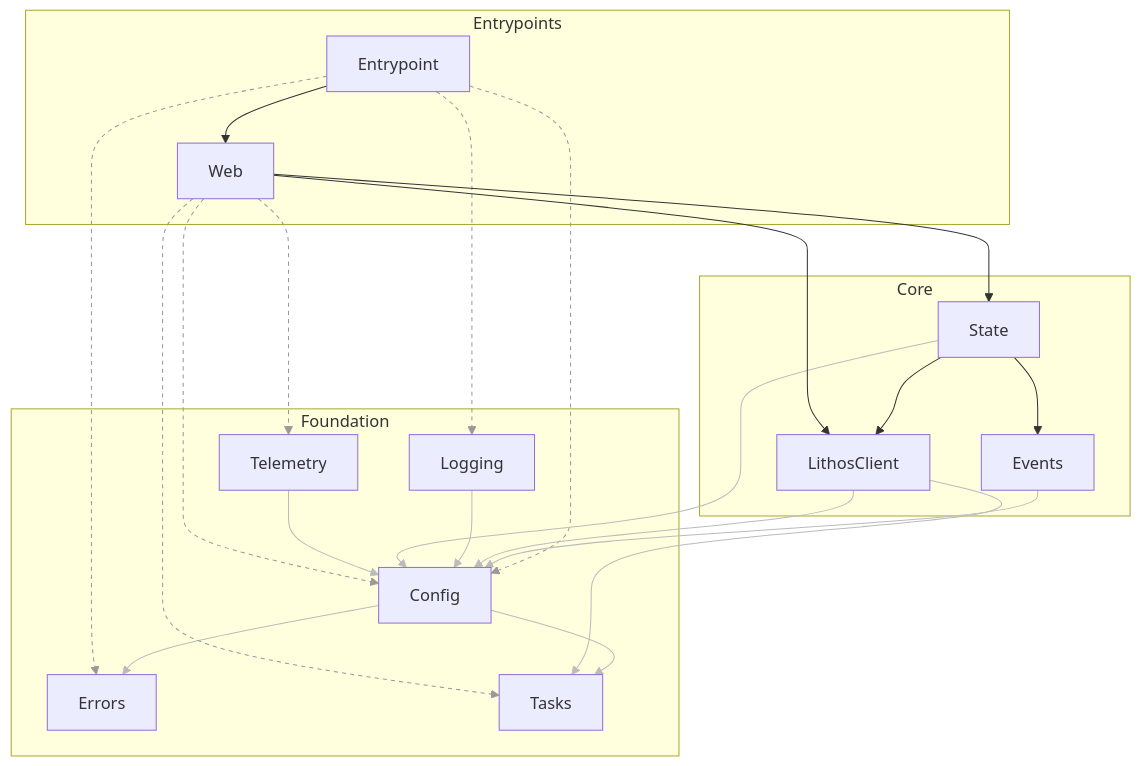
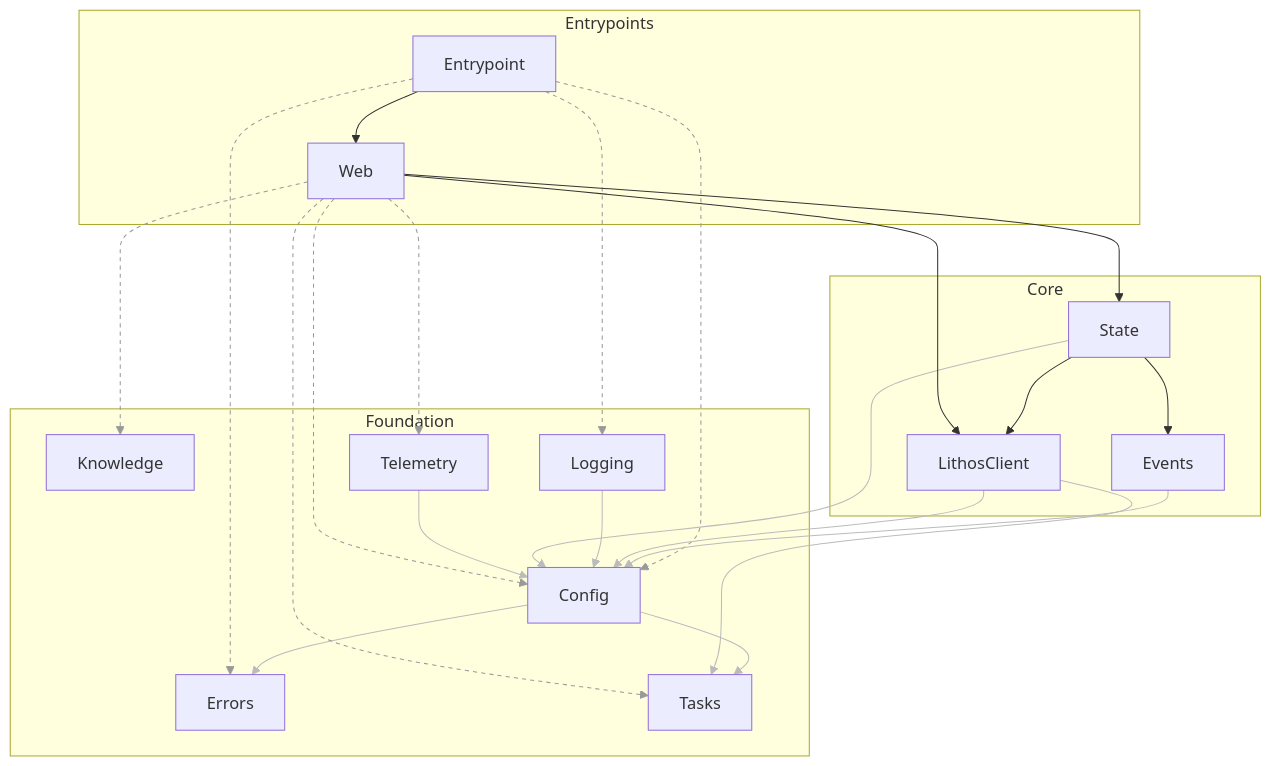
One commit to agent-lore/lithos-lens changed the diagram in docs/generated/architecture.md. Above: the diagram before and after it, drawn with Mermaid. The commit also changed 16 other files, not shown here.

````diff
--- a/docs/generated/architecture.md
+++ b/docs/generated/architecture.md
@@ -6,62 +6,66 @@
 ```mermaid
 graph TD
   subgraph tier_Entrypoints["Entrypoints"]
     Entrypoint
     Web
   end
   subgraph tier_Core["Core"]
     Events
     LithosClient
     State
   end
   subgraph tier_Foundation["Foundation"]
     Config
     Errors
+    Knowledge
     Logging
     Tasks
     Telemetry
   end
   click Config "components/Config.md"
   click Entrypoint "components/Entrypoint.md"
   click Errors "components/Errors.md"
   click Events "components/Events.md"
+  click Knowledge "components/Knowledge.md"
   click LithosClient "components/LithosClient.md"
   click Logging "components/Logging.md"
   click State "components/State.md"
   click Tasks "components/Tasks.md"
   click Telemetry "components/Telemetry.md"
   click Web "components/Web.md"
   Config --> Errors
   Config --> Tasks
   Entrypoint --> Config
   Entrypoint --> Errors
   Entrypoint --> Logging
   Entrypoint --> Web
   Events --> Config
   LithosClient --> Config
   LithosClient --> Tasks
   Logging --> Config
   State --> Config
   State --> Events
   State --> LithosClient
   Telemetry --> Config
   Web --> Config
+  Web --> Knowledge
   Web --> LithosClient
   Web --> State
   Web --> Tasks
   Web --> Telemetry
   linkStyle 0 stroke:#bbb
   linkStyle 1 stroke:#bbb
   linkStyle 2 stroke:#999,stroke-dasharray:4
   linkStyle 3 stroke:#999,stroke-dasharray:4
   linkStyle 4 stroke:#999,stroke-dasharray:4
   linkStyle 6 stroke:#bbb
   linkStyle 7 stroke:#bbb
   linkStyle 8 stroke:#bbb
   linkStyle 9 stroke:#bbb
   linkStyle 10 stroke:#bbb
   linkStyle 13 stroke:#bbb
   linkStyle 14 stroke:#999,stroke-dasharray:4
-  linkStyle 17 stroke:#999,stroke-dasharray:4
+  linkStyle 15 stroke:#999,stroke-dasharray:4
   linkStyle 18 stroke:#999,stroke-dasharray:4
+  linkStyle 19 stroke:#999,stroke-dasharray:4
 ```
````
